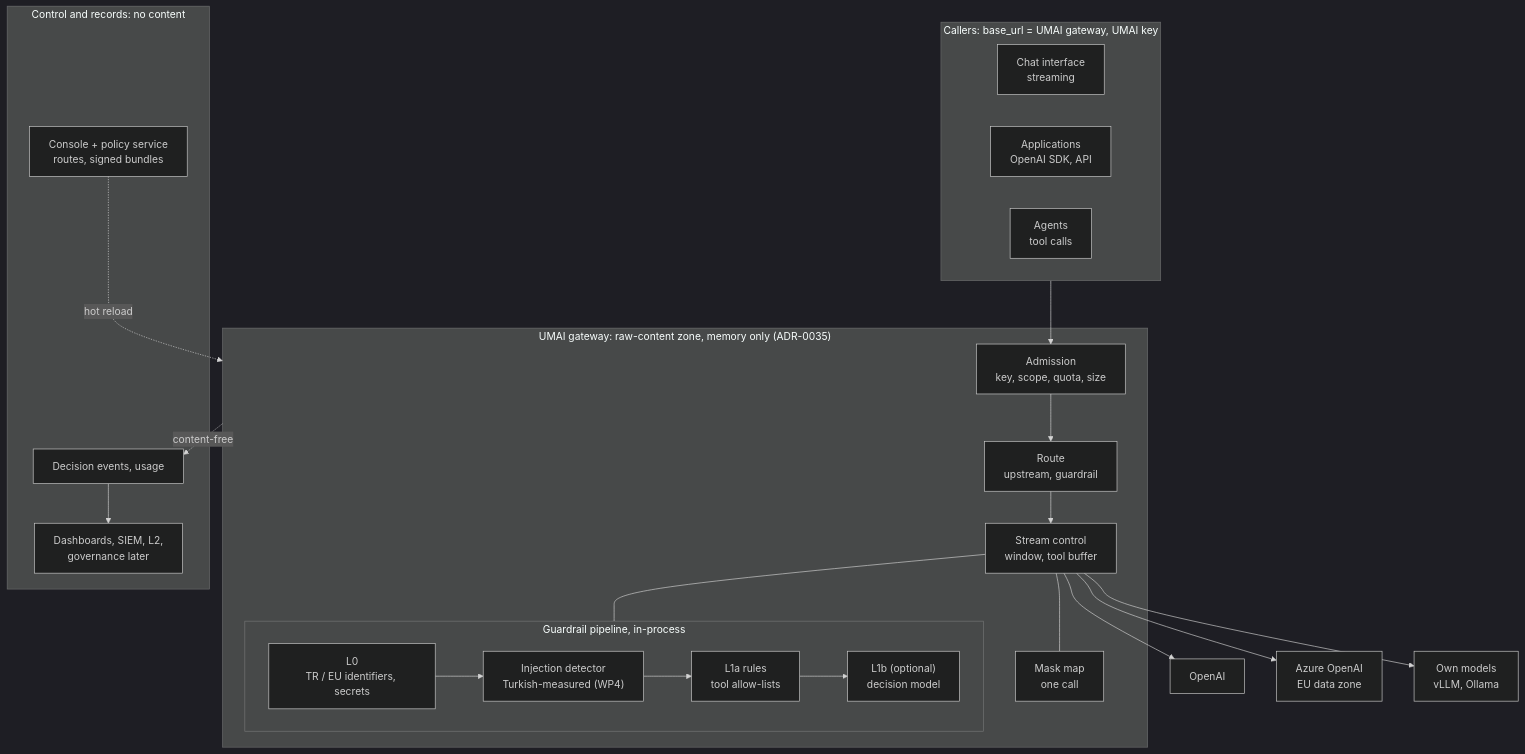
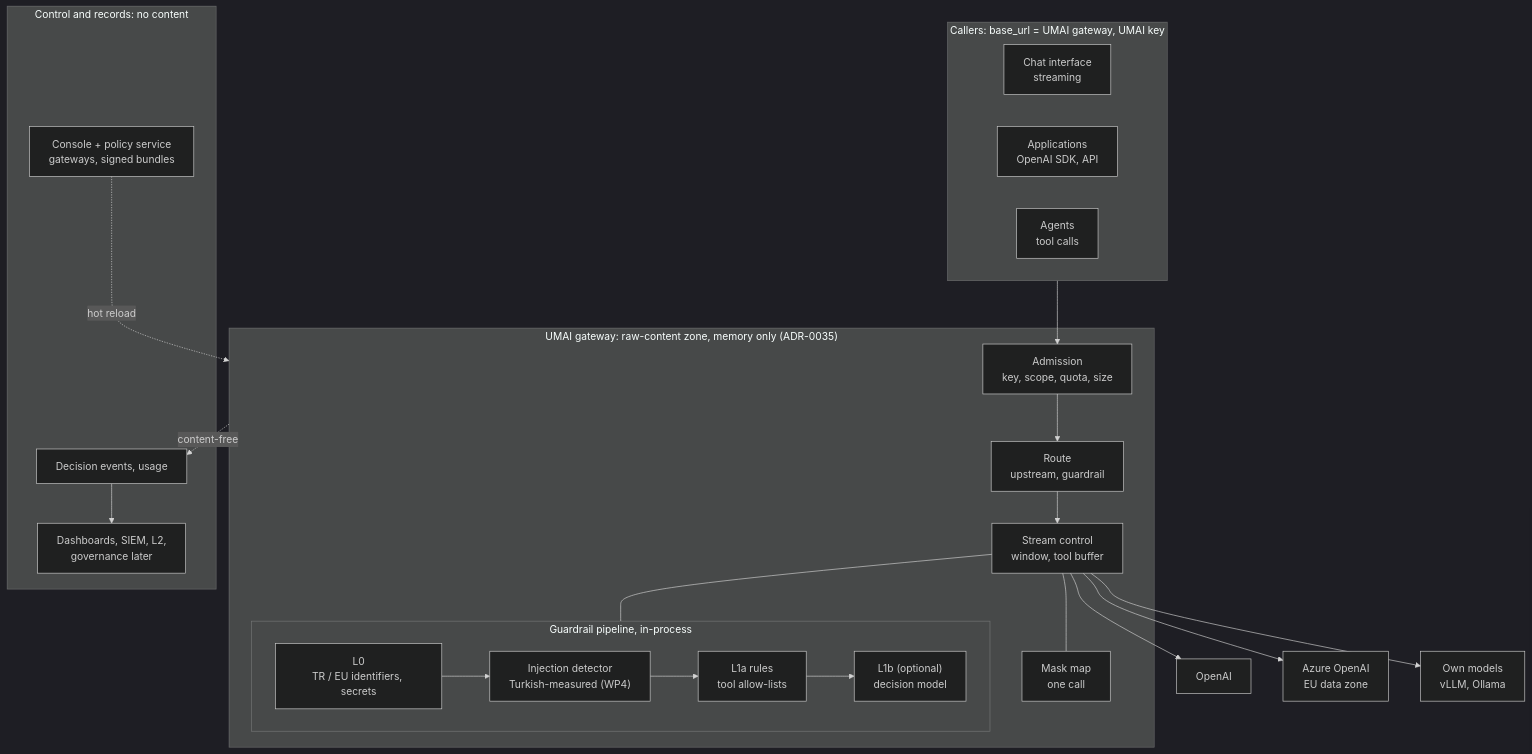
One commit to UMAI-Solutions/umai-decision-engine changed the second of 4 diagrams in docs/architecture/ai-gateway.md. Above: the diagram before and after it, drawn with Mermaid (dark theme). The commit also changed other lines of this file and 41 other files, not shown here.

First line of the commit message:
Gateways instead of per-model routes (ADR-0038, gateway-api 0.9)

````diff
--- a/docs/architecture/ai-gateway.md
+++ b/docs/architecture/ai-gateway.md
@@ -150,31 +150,31 @@
 ```mermaid
 flowchart TB
     subgraph CLIENTS["Callers: base_url = UMAI gateway, UMAI key"]
         C1["Chat interface<br/>streaming"]
         C2["Applications<br/>OpenAI SDK, API"]
         C3["Agents<br/>tool calls"]
     end
     subgraph GW["UMAI gateway: raw-content zone, memory only (ADR-0035)"]
         ADM["Admission<br/>key, scope, quota, size"] --> RT["Route<br/>upstream, guardrail"]
         RT --> STR["Stream control<br/>window, tool buffer"]
         MV["Mask map<br/>one call"]
         subgraph PIPE["Guardrail pipeline, in-process"]
             L0["L0<br/>TR / EU identifiers, secrets"] --> INJ["Injection detector<br/>Turkish-measured (WP4)"]
             INJ --> L1A["L1a rules<br/>tool allow-lists"]
             L1A --> L1B["L1b (optional)<br/>decision model"]
         end
         STR --- PIPE
         STR --- MV
     end
     CLIENTS --> ADM
     STR --> UP1["OpenAI"]
     STR --> UP2["Azure OpenAI<br/>EU data zone"]
     STR --> UP3["Own models<br/>vLLM, Ollama"]
     subgraph CTRL["Control and records: no content"]
-        CON["Console + policy service<br/>routes, signed bundles"]
+        CON["Console + policy service<br/>gateways, signed bundles"]
         EVT["Decision events, usage"]
         OUT["Dashboards, SIEM, L2,<br/>governance later"]
     end
     CON -. "hot reload" .-> GW
     GW -. "content-free" .-> EVT --> OUT
 ```
````
